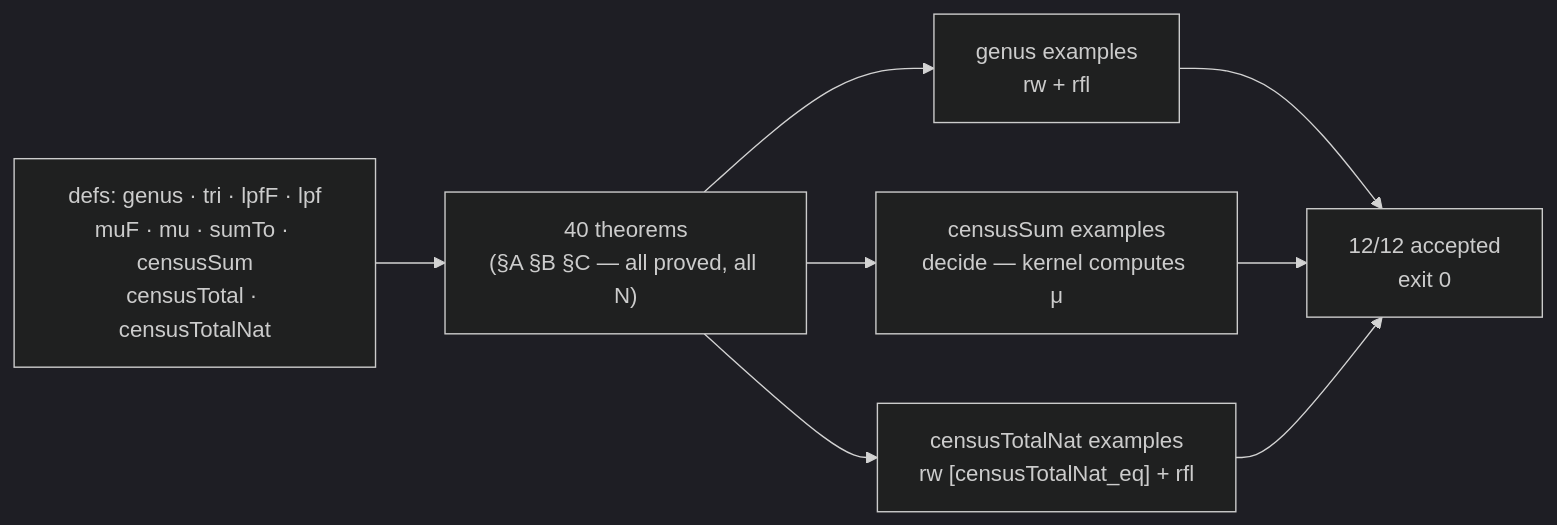
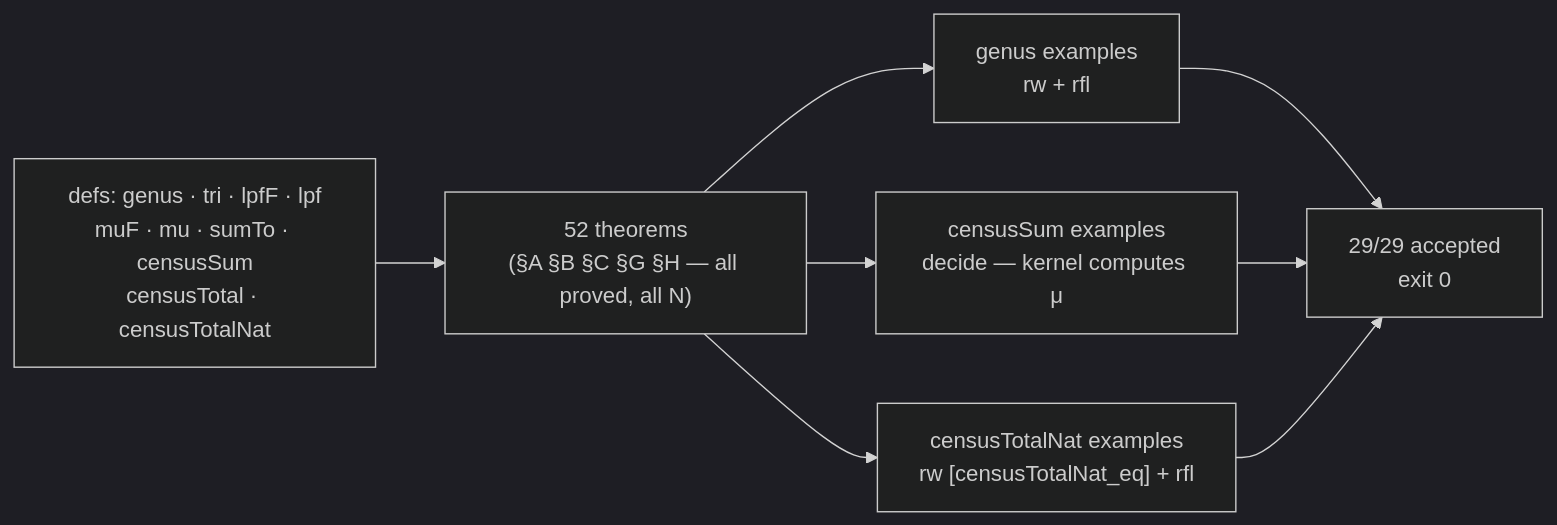
The second of 2 diagrams in verification/lean/README.md (wild8highlander/hodge-laboratory), drawn with Mermaid (dark theme) before and after one commit. The commit also changed other lines of this file and 8 other files, not shown here.

````diff
--- a/verification/lean/README.md
+++ b/verification/lean/README.md
@@ -817,9 +795,9 @@
 ```mermaid
 flowchart LR
     DEF["defs: genus · tri · lpfF · lpf<br/>muF · mu · sumTo · censusSum<br/>censusTotal · censusTotalNat"]
-    DEF --> THM["40 theorems<br/>(§A §B §C — all proved, all N)"]
+    DEF --> THM["52 theorems<br/>(§A §B §C §G §H — all proved, all N)"]
     THM --> EX1["genus examples<br/>rw + rfl"]
     THM --> EX2["censusSum examples<br/>decide — kernel computes μ"]
     THM --> EX3["censusTotalNat examples<br/>rw [censusTotalNat_eq] + rfl"]
-    EX1 & EX2 & EX3 --> OK["12/12 accepted<br/>exit 0"]
+    EX1 & EX2 & EX3 --> OK["29/29 accepted<br/>exit 0"]
 ```
````
